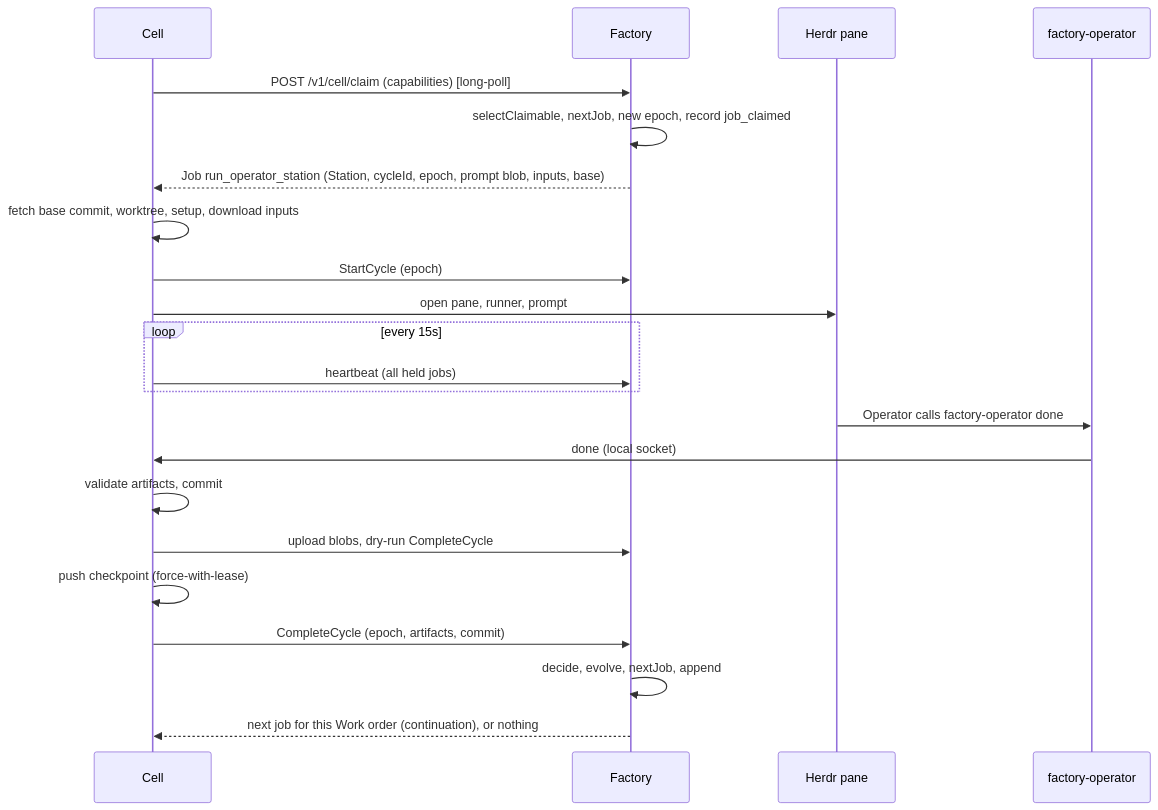
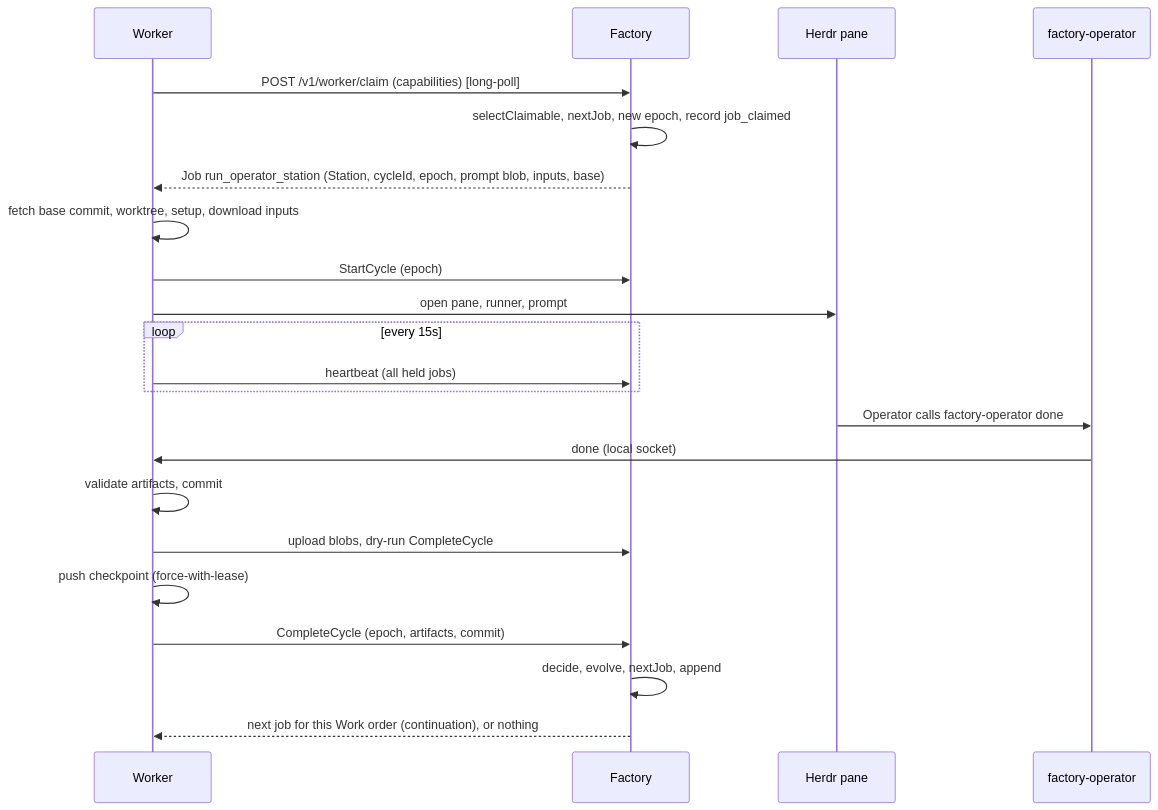
One commit to xyashino/software-factory changed the fifth of 8 diagrams in docs/PLAN.md. Above: the diagram before and after it, drawn with Mermaid. The commit also changed other lines of this file and 48 other files, not shown here.

Commit message:
docs: restructure architecture around local socket server

````diff
--- a/docs/PLAN.md
+++ b/docs/PLAN.md
@@ -137,24 +183,24 @@
 ```mermaid
 sequenceDiagram
-  participant C as Cell
+  participant C as Worker
   participant S as Factory
   participant H as Herdr pane
   participant O as factory-operator
-  C->>S: POST /v1/cell/claim (capabilities)  [long-poll]
+  C->>S: POST /v1/worker/claim (capabilities)  [long-poll]
   S->>S: selectClaimable, nextJob, new epoch, record job_claimed
   S-->>C: Job run_operator_station (Station, cycleId, epoch, prompt blob, inputs, base)
   C->>C: fetch base commit, worktree, setup, download inputs
   C->>S: StartCycle (epoch)
   C->>H: open pane, runner, prompt
   loop every 15s
     C->>S: heartbeat (all held jobs)
   end
   H->>O: Operator calls factory-operator done
   O->>C: done (local socket)
   C->>C: validate artifacts, commit
   C->>S: upload blobs, dry-run CompleteCycle
   C->>C: push checkpoint (force-with-lease)
   C->>S: CompleteCycle (epoch, artifacts, commit)
   S->>S: decide, evolve, nextJob, append
   S-->>C: next job for this Work order (continuation), or nothing
 ```
````
